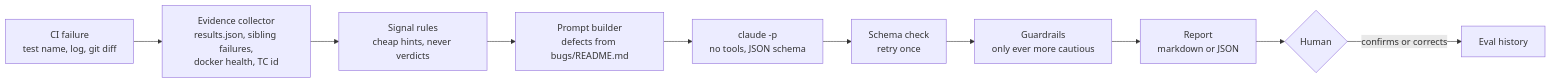
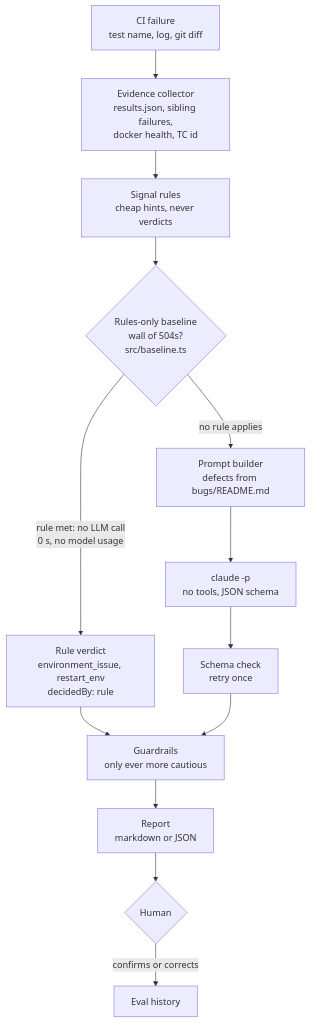
One commit to Vipulbh09/qa-assignment changed the diagram in agentic/AGENT-DESIGN.md. Above: the diagram before and after it, drawn with Mermaid. The commit also changed other lines of this file, not shown here.

Commit message:
docs(agentic): show the rules-only gate in the workflow diagram

````diff
--- a/agentic/AGENT-DESIGN.md
+++ b/agentic/AGENT-DESIGN.md
@@ -9,12 +9,15 @@
 ```mermaid
-flowchart LR
+flowchart TD
   A[CI failure<br/>test name, log, git diff] --> B[Evidence collector<br/>results.json, sibling failures,<br/>docker health, TC id]
   B --> C[Signal rules<br/>cheap hints, never verdicts]
-  C --> D[Prompt builder<br/>defects from bugs/README.md]
+  C --> R{Rules-only baseline<br/>wall of 504s?<br/>src/baseline.ts}
+  R -->|rule met: no LLM call<br/>0 s, no model usage| V[Rule verdict<br/>environment_issue, restart_env<br/>decidedBy: rule]
+  R -->|no rule applies| D[Prompt builder<br/>defects from bugs/README.md]
   D --> E[claude -p<br/>no tools, JSON schema]
   E --> F[Schema check<br/>retry once]
-  F --> G[Guardrails<br/>only ever more cautious]
+  V --> G[Guardrails<br/>only ever more cautious]
+  F --> G
   G --> H[Report<br/>markdown or JSON]
   H --> I{Human}
   I -->|confirms or corrects| J[Eval history]
 ```
````
